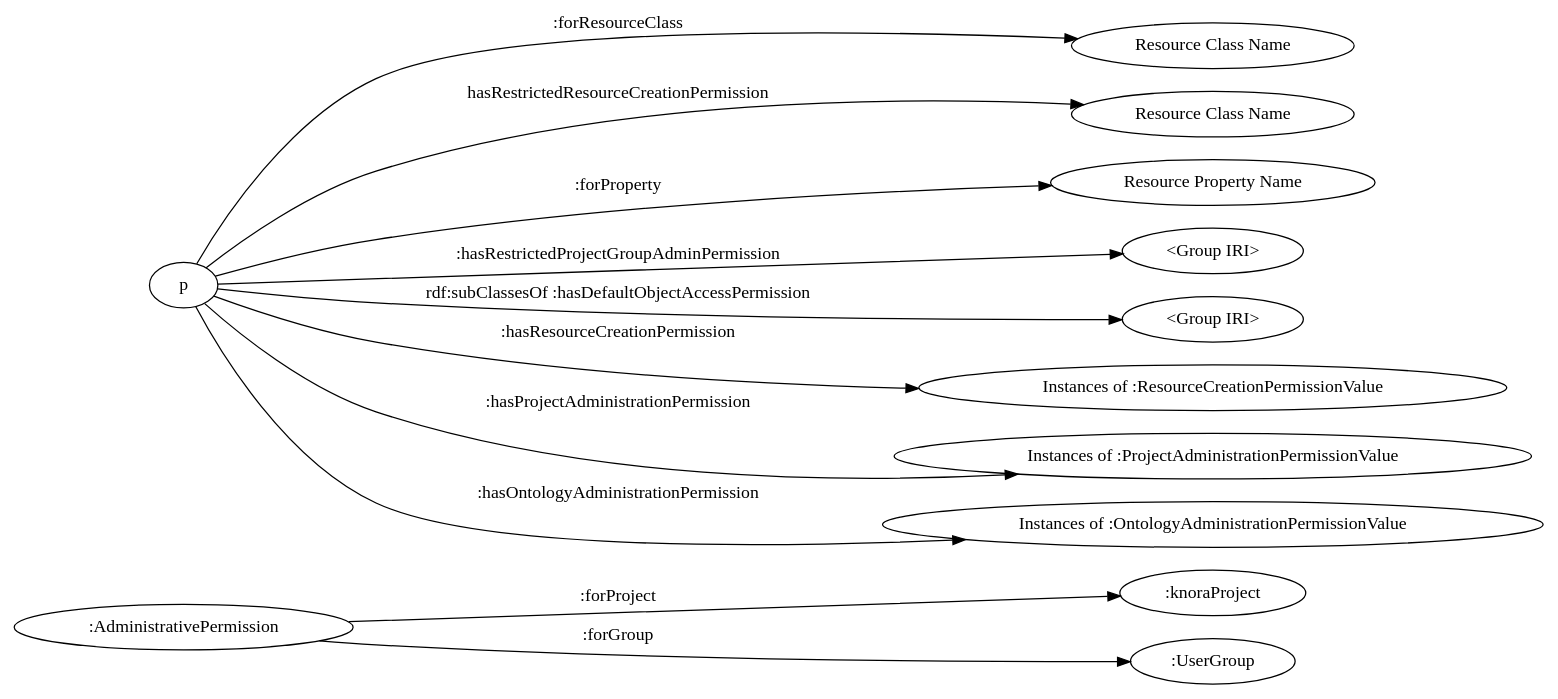
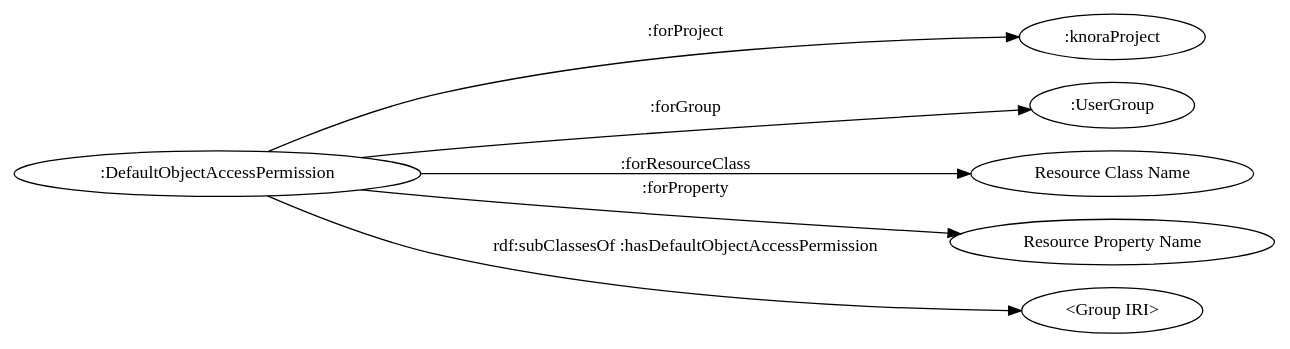
One commit to dasch-swiss/dsp-api changed the fifth of 8 diagrams in docs/rst/knora-api-server/design-documentation/administration.rst. Above: the diagram before and after it, drawn with Graphviz. The commit also changed other lines of this file, not shown here.

Commit message:
docs (webapi): permissions (ongoing)

```diff
--- a/docs/rst/knora-api-server/design-documentation/administration.rst
+++ b/docs/rst/knora-api-server/design-documentation/administration.rst
@@ -451,30 +430,20 @@
 .. graphviz::
 
-   digraph permissions {
+   digraph DefaultObjectAccessPermissions {
      rankdir="LR"
      
-     ap [label=":AdministrativePermission"]
-     np [label=":knoraProject"]
+     doap [label=":DefaultObjectAccessPermission"]
+     kp [label=":knoraProject"]
      ug [label=":UserGroup"]
-     rc1 [label="Resource Class Name"]
-     rc2 [label="Resource Class Name"]
+     rc [label="Resource Class Name"]
      pr [label="Resource Property Name"]
      
-     g1 [label="<Group IRI>"]
-     g2 [label="<Group IRI>"]
+     g [label="<Group IRI>"]
      
-     ap -> np [ label=":forProject" ]
-     ap -> ug [ label=":forGroup" ]
-     p -> rc1 [ label=":forResourceClass" ]
-     p -> pr [ label=":forProperty" ]
+     doap -> kp [ label=":forProject" ]
+     doap -> ug [ label=":forGroup" ]
+     doap -> rc [ label=":forResourceClass" ]
+     doap -> pr [ label=":forProperty" ]
      
-     p -> "Instances of :ResourceCreationPermissionValue" [ label=":hasResourceCreationPermission" ]
-     p -> rc2 [ label="hasRestrictedResourceCreationPermission" ]
-     
-     p -> "Instances of :ProjectAdministrationPermissionValue" [ label=":hasProjectAdministrationPermission" ]
-     p -> g1 [ label=":hasRestrictedProjectGroupAdminPermission" ]
-     
-     p -> "Instances of :OntologyAdministrationPermissionValue" [ label=":hasOntologyAdministrationPermission" ]
-     
-     p -> g2 [ label="rdf:subClassesOf :hasDefaultObjectAccessPermission"]
+     doap -> g [ label="rdf:subClassesOf :hasDefaultObjectAccessPermission"]
    }
```
